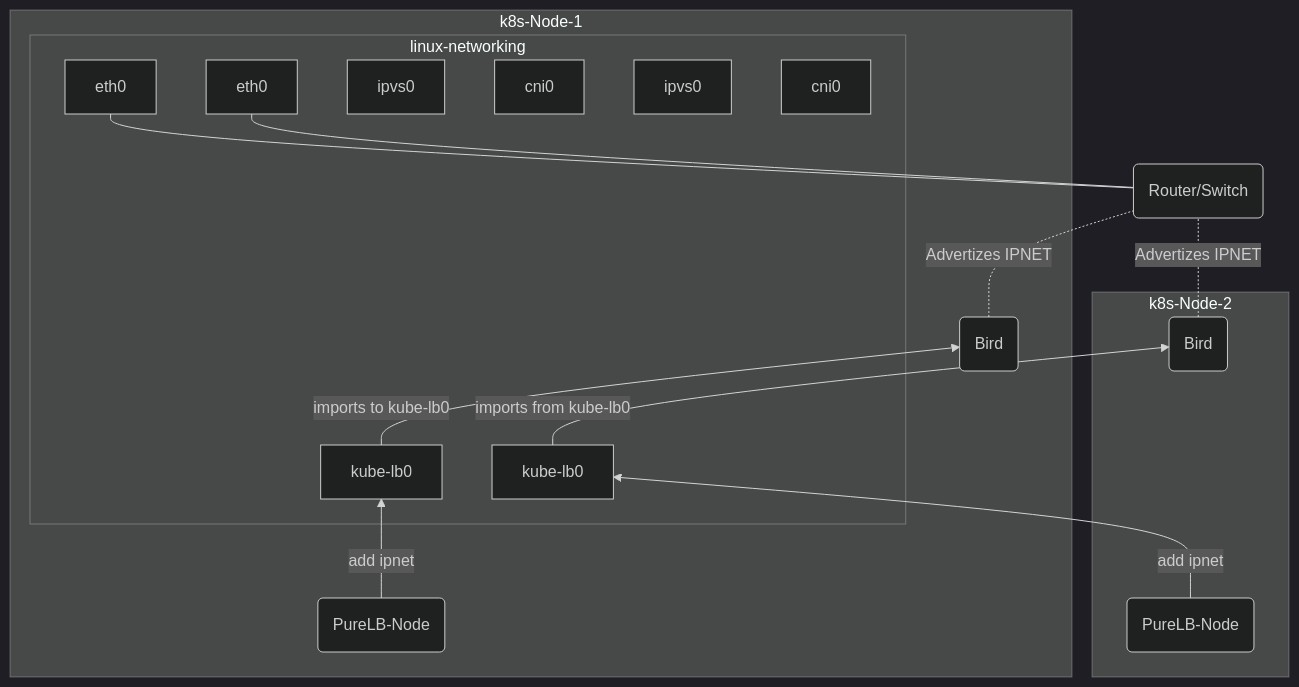
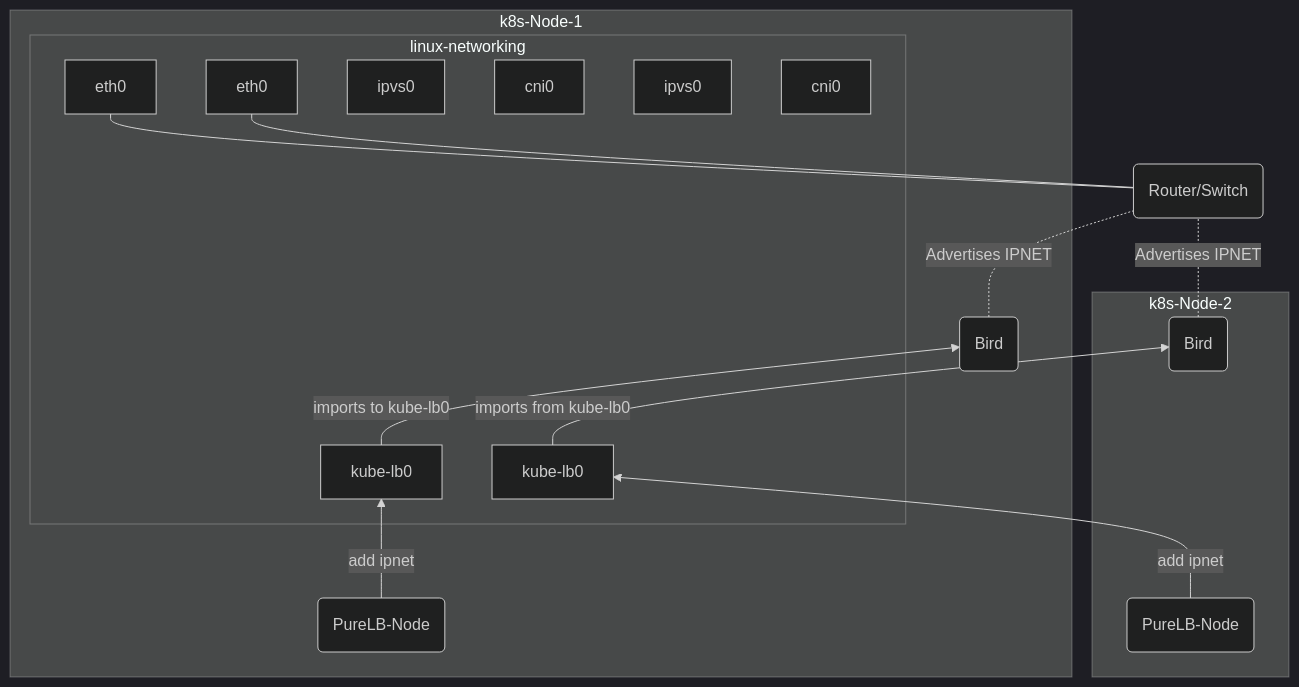
One commit to purelb/purelb changed the diagram in website/content/how_it_works/routers/_index.md. Above: the diagram before and after it, drawn with Mermaid (dark theme). The commit also changed other lines of this file and 7 other files, not shown here.

```diff
--- a/website/content/how_it_works/routers/_index.md
+++ b/website/content/how_it_works/routers/_index.md
@@ -13,39 +13,39 @@
 {{<mermaid align="center">}}
 
   graph BT;
     
     A(Router/Switch);
     A---C4;
     A---D4;
-    C3-.-|Advertizes IPNET|A;
-    D3-.-|Advertizes IPNET|A;
+    C3-.-|Advertises IPNET|A;
+    D3-.-|Advertises IPNET|A;
     subgraph k8s-Node-1
       C1-->|add ipnet|C2;
       C2-->|imports to kube-lb0|C3;
       C1(PureLB-Node);  
       C3(Bird);
       subgraph linux-networking
          C4[eth0];
          C2[kube-lb0];
          C5[ipvs0];
          C6[cni0];
       end
     end
     subgraph k8s-Node-2
       D1-->|add ipnet|D2;
       D2-->|imports from kube-lb0|D3;
       D1(PureLB-Node);
       
       D3(Bird);
      
       subgraph linux-networking
          D4[eth0];
          D2[kube-lb0];
          D5[ipvs0];
          D6[cni0];
 
       end
     end
    
 
 {{</mermaid>}}
```
